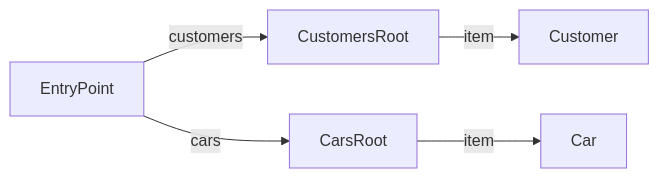
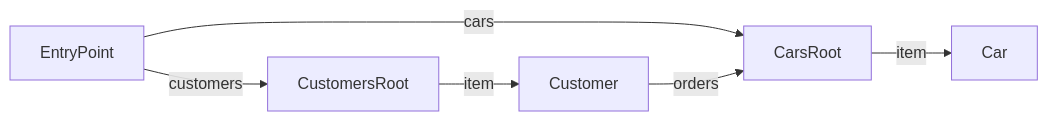
One commit to RESTyard/RESTyard changed the diagram in Source/RESTyard.Schema.Test/MarkdownMapperTests.ToDocumentation_MultipleEntities.verified.md. Above: the diagram before and after it, drawn with Mermaid. The commit also changed other lines of this file and 11 other files, not shown here.

````diff
--- a/Source/RESTyard.Schema.Test/MarkdownMapperTests.ToDocumentation_MultipleEntities.verified.md
+++ b/Source/RESTyard.Schema.Test/MarkdownMapperTests.ToDocumentation_MultipleEntities.verified.md
@@ -19,13 +21,14 @@
 ```mermaid
 graph LR
     EntryPoint["EntryPoint"]
     CustomersRoot["CustomersRoot"]
     Customer["Customer"]
     CarsRoot["CarsRoot"]
     Car["Car"]
 
     EntryPoint -- "customers" --> CustomersRoot
     EntryPoint -- "cars" --> CarsRoot
     CustomersRoot -- "item" --> Customer
+    Customer -- "orders" --> CarsRoot
     CarsRoot -- "item" --> Car
 ```
````
